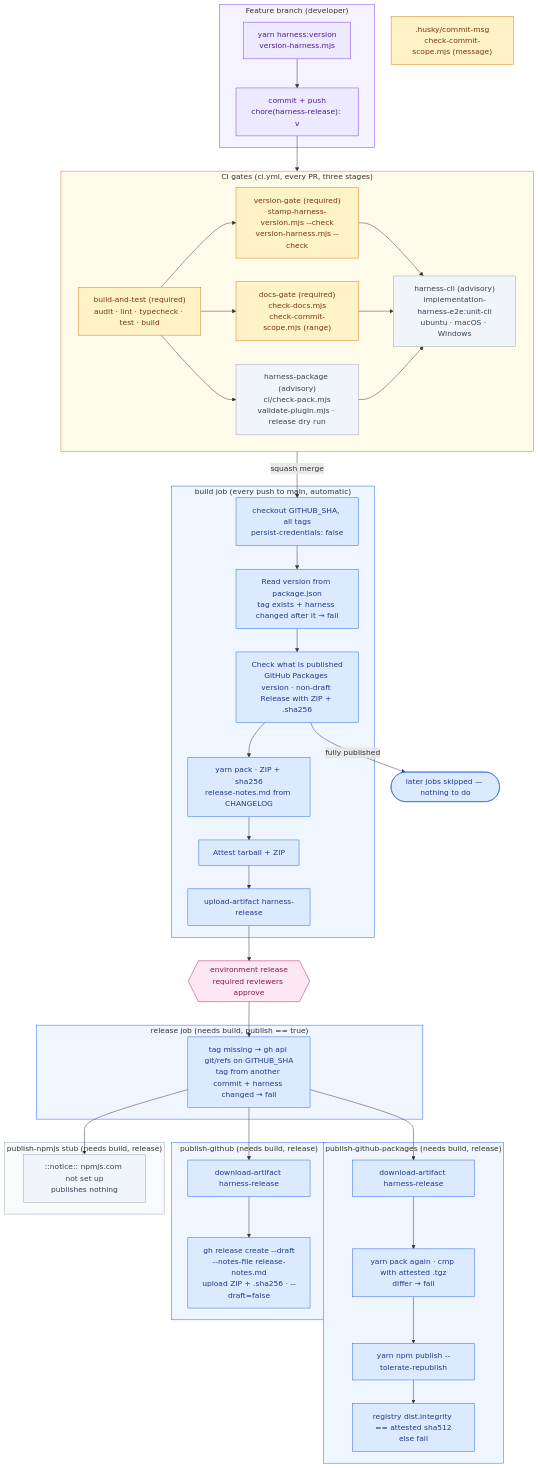
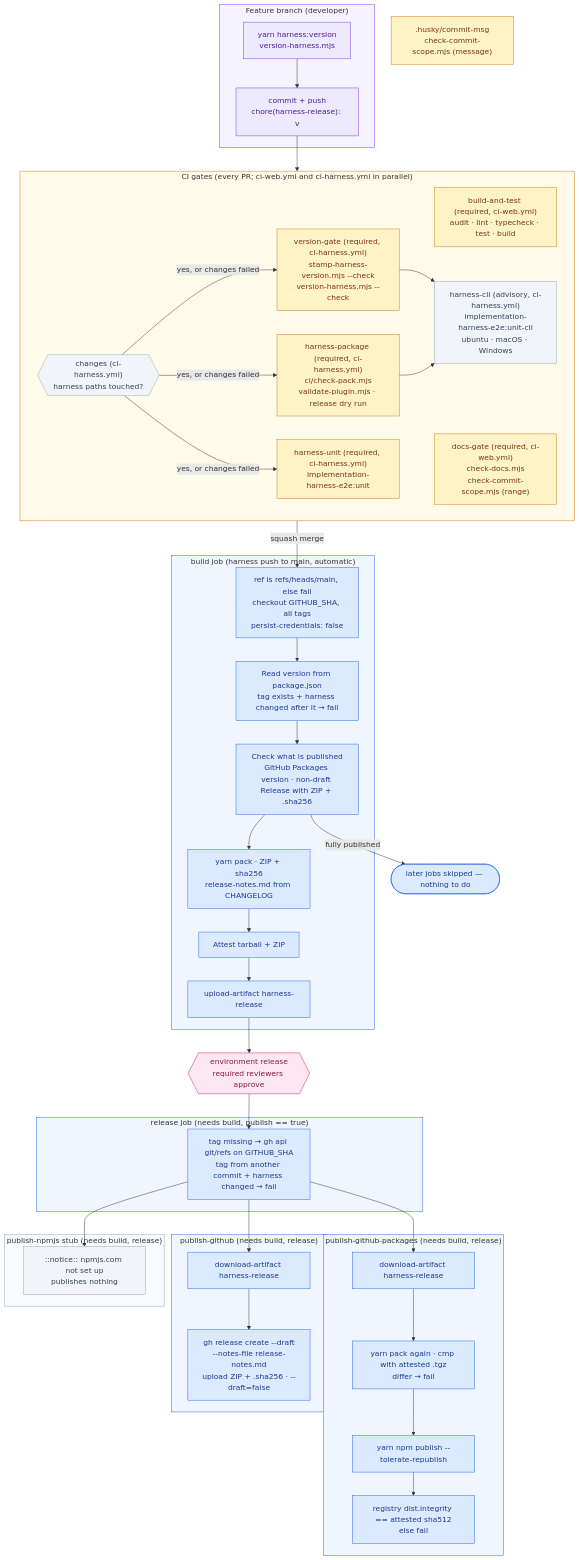
The diagram in docs/System Architecture (LLD)/Harness Release Pipeline/00. Overview.md (DataArt/artisyn-implementation-harness), drawn with Mermaid before and after one commit. The commit also changed other lines of this file and 30 other files, not shown here.

First line of the commit message:
ci: split CI into ci-web and ci-harness, deploy site and harness from… (#22)

````diff
--- a/docs/System Architecture (LLD)/Harness Release Pipeline/00. Overview.md
+++ b/docs/System Architecture (LLD)/Harness Release Pipeline/00. Overview.md
@@ -40,72 +41,74 @@
 ```mermaid
 flowchart TD
     subgraph BRANCH ["  Feature branch (developer)  "]
         HV["yarn harness:version\nversion-harness.mjs"]:::push
         VC["commit + push\nchore(harness-release): v"]:::push
     end
 
-    subgraph GATES ["  CI gates (ci.yml, every PR, three stages)  "]
-        CI["build-and-test (required)\naudit · lint · typecheck · test · build"]:::gate
-        VG["version-gate (required)\nstamp-harness-version.mjs --check\nversion-harness.mjs --check"]:::gate
-        RG["docs-gate (required)\ncheck-docs.mjs\ncheck-commit-scope.mjs (range)"]:::gate
-        HP["harness-package (advisory)\nci/check-pack.mjs\nvalidate-plugin.mjs · release dry run"]:::advisory
-        HC["harness-cli (advisory)\nimplementation-harness-e2e:unit-cli\nubuntu · macOS · Windows"]:::advisory
-        CI --> VG & RG & HP
-        VG & RG & HP --> HC
+    subgraph GATES ["  CI gates (every PR; ci-web.yml and ci-harness.yml in parallel)  "]
+        CI["build-and-test (required, ci-web.yml)\naudit · lint · typecheck · test · build"]:::gate
+        RG["docs-gate (required, ci-web.yml)\ncheck-docs.mjs\ncheck-commit-scope.mjs (range)"]:::gate
+        CH{{"changes (ci-harness.yml)\nharness paths touched?"}}:::advisory
+        VG["version-gate (required, ci-harness.yml)\nstamp-harness-version.mjs --check\nversion-harness.mjs --check"]:::gate
+        HP["harness-package (required, ci-harness.yml)\nci/check-pack.mjs\nvalidate-plugin.mjs · release dry run"]:::gate
+        HU["harness-unit (required, ci-harness.yml)\nimplementation-harness-e2e:unit"]:::gate
+        HC["harness-cli (advisory, ci-harness.yml)\nimplementation-harness-e2e:unit-cli\nubuntu · macOS · Windows"]:::advisory
+        CH -->|"yes, or changes failed"| VG & HP & HU
+        VG & HP --> HC
     end
 
-    subgraph BJ ["  build job (every push to main, automatic)  "]
-        CO["checkout GITHUB_SHA, all tags\npersist-credentials: false"]:::step
+    subgraph BJ ["  build job (harness push to main, automatic)  "]
+        CO["ref is refs/heads/main, else fail\ncheckout GITHUB_SHA, all tags\npersist-credentials: false"]:::step
         RV["Read version from package.json\ntag exists + harness changed after it → fail"]:::step
         CK["Check what is published\nGitHub Packages version · non-draft Release with ZIP + .sha256"]:::step
         BU["yarn pack · ZIP + sha256\nrelease-notes.md from CHANGELOG"]:::step
         AT["Attest tarball + ZIP"]:::step
         UP["upload-artifact harness-release"]:::step
     end
 
     APP{{"environment release\nrequired reviewers approve"}}:::approval
 
     subgraph RJ ["  release job (needs build, publish == true)  "]
         TG["tag missing → gh api git/refs on GITHUB_SHA\ntag from another commit + harness changed → fail"]:::step
     end
 
     subgraph NJ ["  publish-github-packages (needs build, release)  "]
         ND["download-artifact harness-release"]:::step
         NC["yarn pack again · cmp with attested .tgz\ndiffer → fail"]:::step
         NP["yarn npm publish --tolerate-republish"]:::step
         NI["registry dist.integrity == attested sha512\nelse fail"]:::step
         ND --> NC --> NP --> NI
     end
 
     subgraph GJ ["  publish-github (needs build, release)  "]
         DL["download-artifact harness-release"]:::step
         GR["gh release create --draft\n--notes-file release-notes.md\nupload ZIP + .sha256 · --draft=false"]:::step
     end
 
     subgraph SJ ["  publish-npmjs stub (needs build, release)  "]
         SN["::notice:: npmjs.com not set up\npublishes nothing"]:::advisory
     end
 
     HOOK[".husky/commit-msg\ncheck-commit-scope.mjs (message)"]:::gate
 
     HV --> VC --> GATES
     GATES -->|"squash merge"| CO
     CO --> RV --> CK --> BU --> AT --> UP --> APP --> TG
     TG --> ND
     TG --> DL --> GR
     TG --> SN
     CK -->|"fully published"| DONE(["later jobs skipped — nothing to do"]):::step
 
     classDef gate fill:#FEF3C7,stroke:#D97706,color:#78350f
     classDef advisory fill:#F1F5F9,stroke:#94A3B8,color:#334155
     classDef step fill:#DBEAFE,stroke:#2563EB,color:#1e3a8a
     classDef push fill:#EDE9FE,stroke:#7C3AED,color:#4c1d95
     classDef approval fill:#FCE7F3,stroke:#BE185D,color:#831843
     style BRANCH fill:#F5F3FF,stroke:#7C3AED
     style GATES fill:#FFFBEB,stroke:#D97706
     style BJ fill:#EFF6FF,stroke:#2563EB
     style RJ fill:#EFF6FF,stroke:#2563EB
     style NJ fill:#EFF6FF,stroke:#2563EB
     style GJ fill:#EFF6FF,stroke:#2563EB
     style SJ fill:#F8FAFC,stroke:#94A3B8
 ```
````
